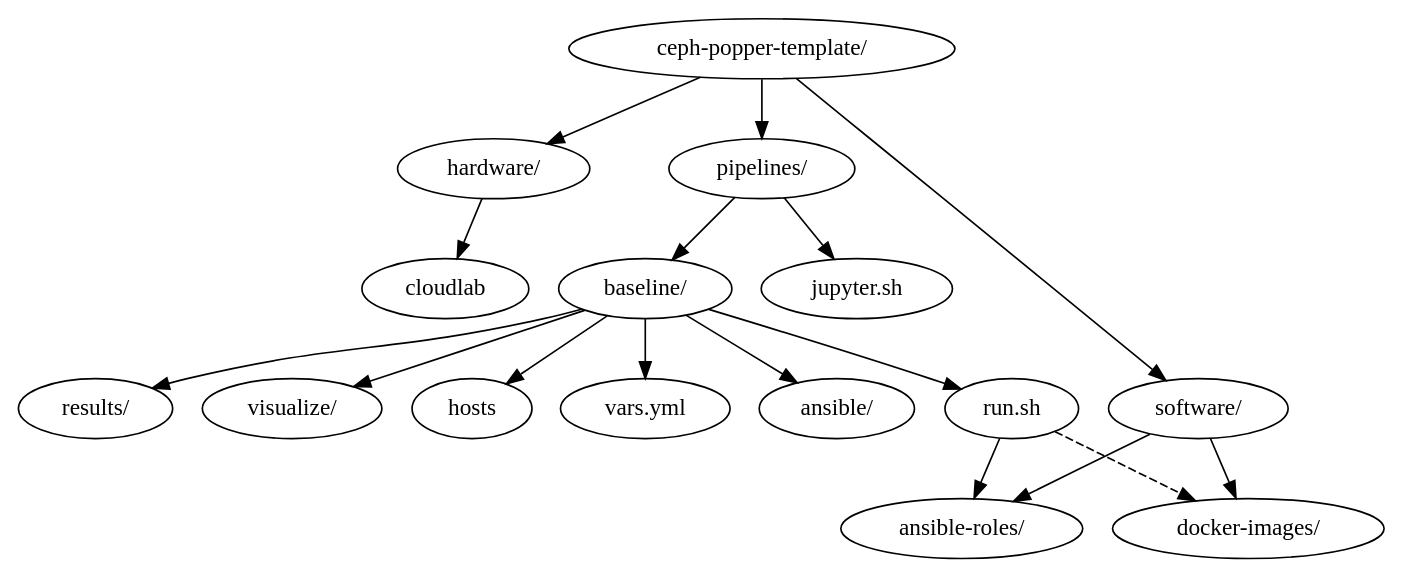
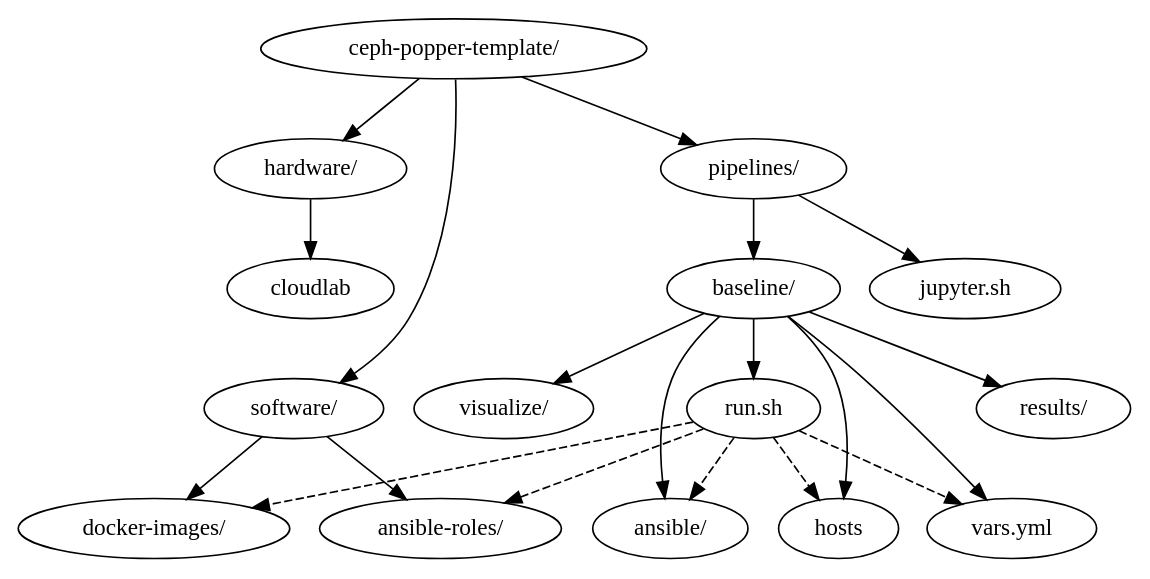
Before and after one commit to michaelsevilla/popper-popper: the diagram in paper/figures/input.dot, drawn with Graphviz. The commit also changed 6 other files, not shown here.

Commit message:
paper: fill in two tenants and add diagram of experiment directory

```diff
--- a/paper/figures/input.dot
+++ b/paper/figures/input.dot
@@ -1,18 +1,21 @@
 digraph G {
   "ceph-popper-template/" -> "hardware/";
   "hardware/" -> "cloudlab";
   "ceph-popper-template/" -> "software/";
   "software/" -> "ansible-roles/";
   "software/" -> "docker-images/";
   "ceph-popper-template/" -> "pipelines/";
   "pipelines/" -> "baseline/";
   "pipelines/" -> "jupyter.sh";
   "baseline/" -> "ansible/";
   "baseline/" -> "results/";
   "baseline/" -> "visualize/";
   "baseline/" -> "hosts";
   "baseline/" -> "run.sh";
   "baseline/" -> "vars.yml";
-  "run.sh" -> "ansible-roles/";
+  "run.sh" -> "ansible-roles/" [style="dashed"];
   "run.sh" -> "docker-images/" [style="dashed"];
+  "run.sh" -> "ansible/" [style="dashed"];
+  "run.sh" -> "hosts" [style="dashed"];
+  "run.sh" -> "vars.yml" [style="dashed"];
 }
```
